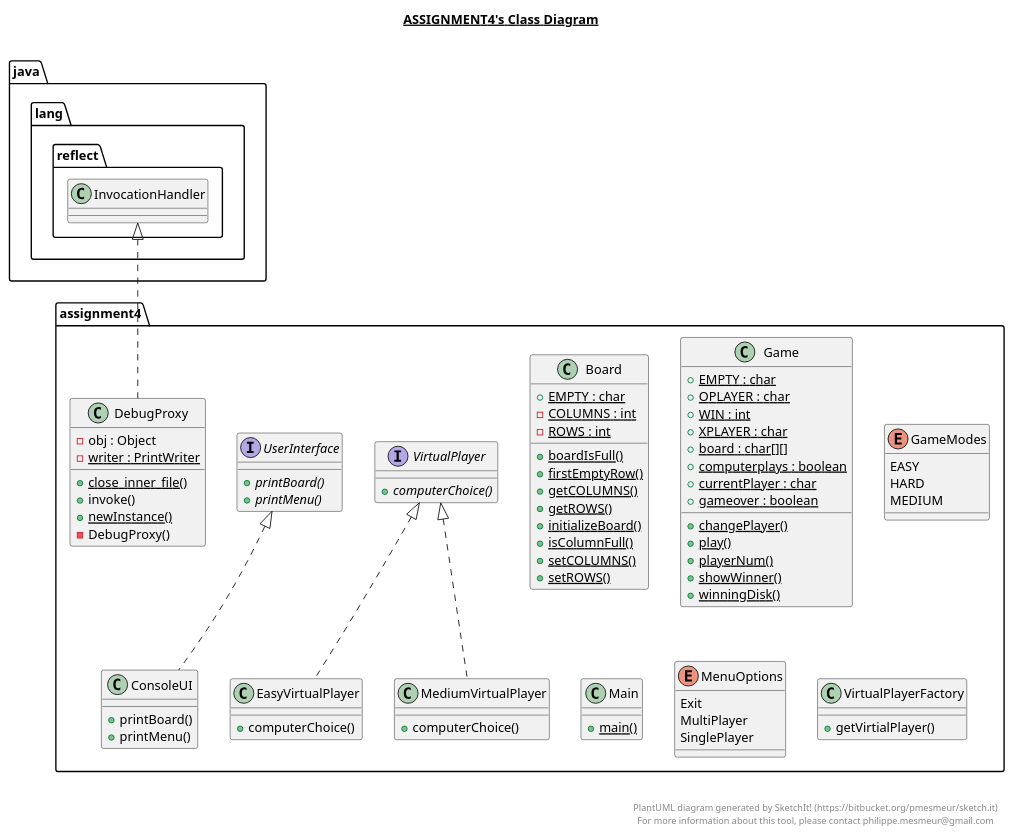
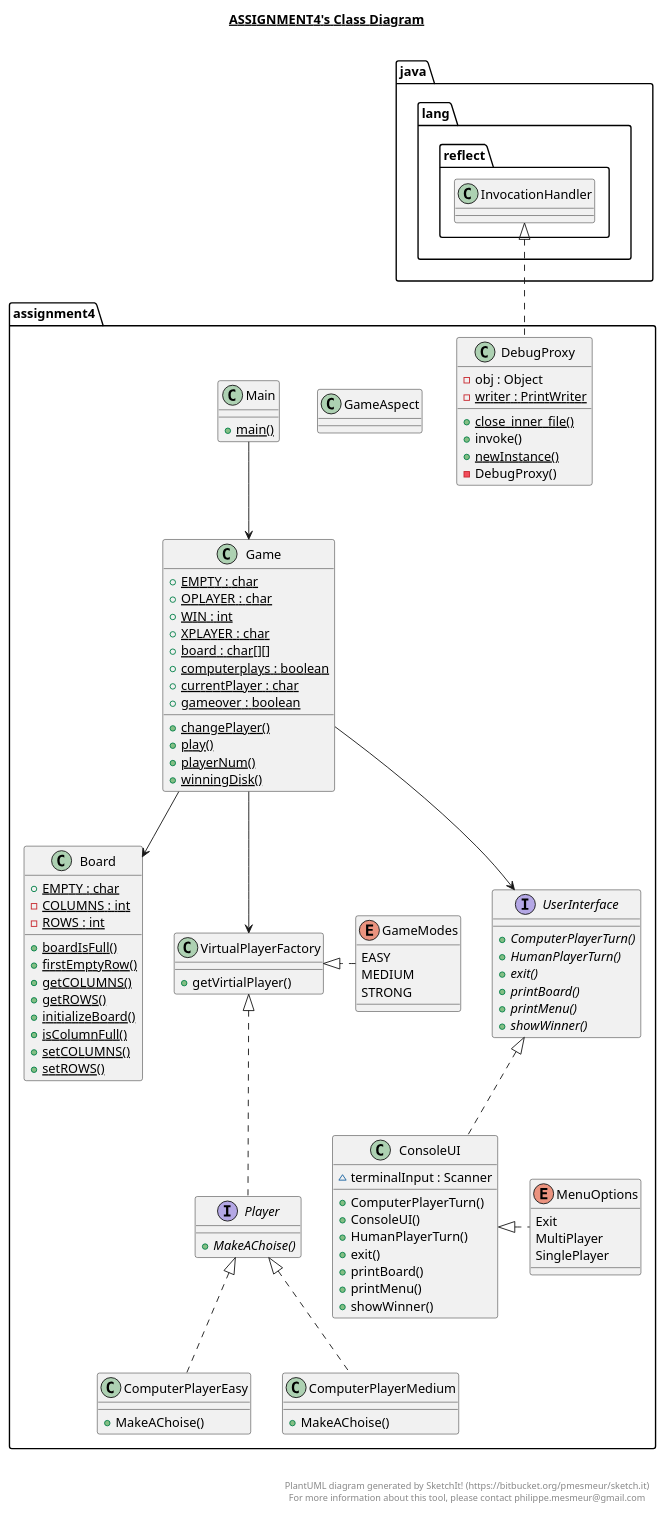
The diagram in src/assignment4/assignment4.plantuml (arpeled/FourInLine), drawn with PlantUML before and after one commit. The commit also changed 32 other files, not shown here.

```diff
--- a/src/assignment4/assignment4.plantuml
+++ b/src/assignment4/assignment4.plantuml
@@ -1,135 +1,159 @@
 @startuml
 
 title __ASSIGNMENT4's Class Diagram__\n
 
   namespace assignment4 {
     class assignment4.Board {
         {static} + EMPTY : char
         {static} - COLUMNS : int
         {static} - ROWS : int
         {static} + boardIsFull()
         {static} + firstEmptyRow()
         {static} + getCOLUMNS()
         {static} + getROWS()
         {static} + initializeBoard()
         {static} + isColumnFull()
         {static} + setCOLUMNS()
         {static} + setROWS()
     }
   }
   
 
   namespace assignment4 {
+    class assignment4.ComputerPlayerEasy {
+        + MakeAChoise()
+    }
+  }
+  
+
+  namespace assignment4 {
+    class assignment4.ComputerPlayerMedium {
+        + MakeAChoise()
+    }
+  }
+  
+
+  namespace assignment4 {
     class assignment4.ConsoleUI {
+        ~ terminalInput : Scanner
+        + ComputerPlayerTurn()
+        + ConsoleUI()
+        + HumanPlayerTurn()
+        + exit()
         + printBoard()
         + printMenu()
+        + showWinner()
     }
   }
   
 
   namespace assignment4 {
     class assignment4.DebugProxy {
         - obj : Object
         {static} - writer : PrintWriter
         {static} + close_inner_file()
         + invoke()
         {static} + newInstance()
         - DebugProxy()
     }
   }
   
 
   namespace assignment4 {
-    class assignment4.EasyVirtualPlayer {
-        + computerChoice()
-    }
-  }
-  
-
-  namespace assignment4 {
     class assignment4.Game {
         {static} + EMPTY : char
         {static} + OPLAYER : char
         {static} + WIN : int
         {static} + XPLAYER : char
         {static} + board : char[][]
         {static} + computerplays : boolean
         {static} + currentPlayer : char
         {static} + gameover : boolean
         {static} + changePlayer()
         {static} + play()
         {static} + playerNum()
-        {static} + showWinner()
         {static} + winningDisk()
+    }
+  }
+  
+
+  namespace assignment4 {
+    class assignment4.GameAspect {
     }
   }
   
 
   namespace assignment4 {
     enum GameModes {
       EASY
-      HARD
       MEDIUM
+      STRONG
     }
   }
   
 
   namespace assignment4 {
     class assignment4.Main {
         {static} + main()
-    }
-  }
-  
-
-  namespace assignment4 {
-    class assignment4.MediumVirtualPlayer {
-        + computerChoice()
     }
   }
   
 
   namespace assignment4 {
     enum MenuOptions {
       Exit
       MultiPlayer
       SinglePlayer
     }
   }
   
 
   namespace assignment4 {
-    interface assignment4.UserInterface {
-        {abstract} + printBoard()
-        {abstract} + printMenu()
+    interface assignment4.Player {
+        {abstract} + MakeAChoise()
     }
   }
   
 
   namespace assignment4 {
-    interface assignment4.VirtualPlayer {
-        {abstract} + computerChoice()
+    interface assignment4.UserInterface {
+        {abstract} + ComputerPlayerTurn()
+        {abstract} + HumanPlayerTurn()
+        {abstract} + exit()
+        {abstract} + printBoard()
+        {abstract} + printMenu()
+        {abstract} + showWinner()
     }
   }
   
 
   namespace assignment4 {
     class assignment4.VirtualPlayerFactory {
         + getVirtialPlayer()
     }
   }
   
 
+  assignment4.ComputerPlayerEasy .up.|> assignment4.Player
+  assignment4.ComputerPlayerMedium .up.|> assignment4.Player
+  assignment4.Player .up.|> assignment4.VirtualPlayerFactory
   assignment4.ConsoleUI .up.|> assignment4.UserInterface
   assignment4.DebugProxy .up.|> java.lang.reflect.InvocationHandler
-  assignment4.EasyVirtualPlayer .up.|> assignment4.VirtualPlayer
-  assignment4.MediumVirtualPlayer .up.|> assignment4.VirtualPlayer
+  assignment4.MenuOptions .left.|> assignment4.ConsoleUI
+  assignment4.GameModes .right.|> assignment4.VirtualPlayerFactory
+
+  assignment4.Main --> assignment4.Game
+  assignment4.Game --> assignment4.UserInterface
+  assignment4.Game --> assignment4.Board
+  assignment4.Game --> assignment4.VirtualPlayerFactory
+
 
 
 right footer
 
 
 PlantUML diagram generated by SketchIt! (https://bitbucket.org/pmesmeur/sketch.it)
 For more information about this tool, please contact philippe.mesmeur@gmail.com
 endfooter
 
 @enduml
```
